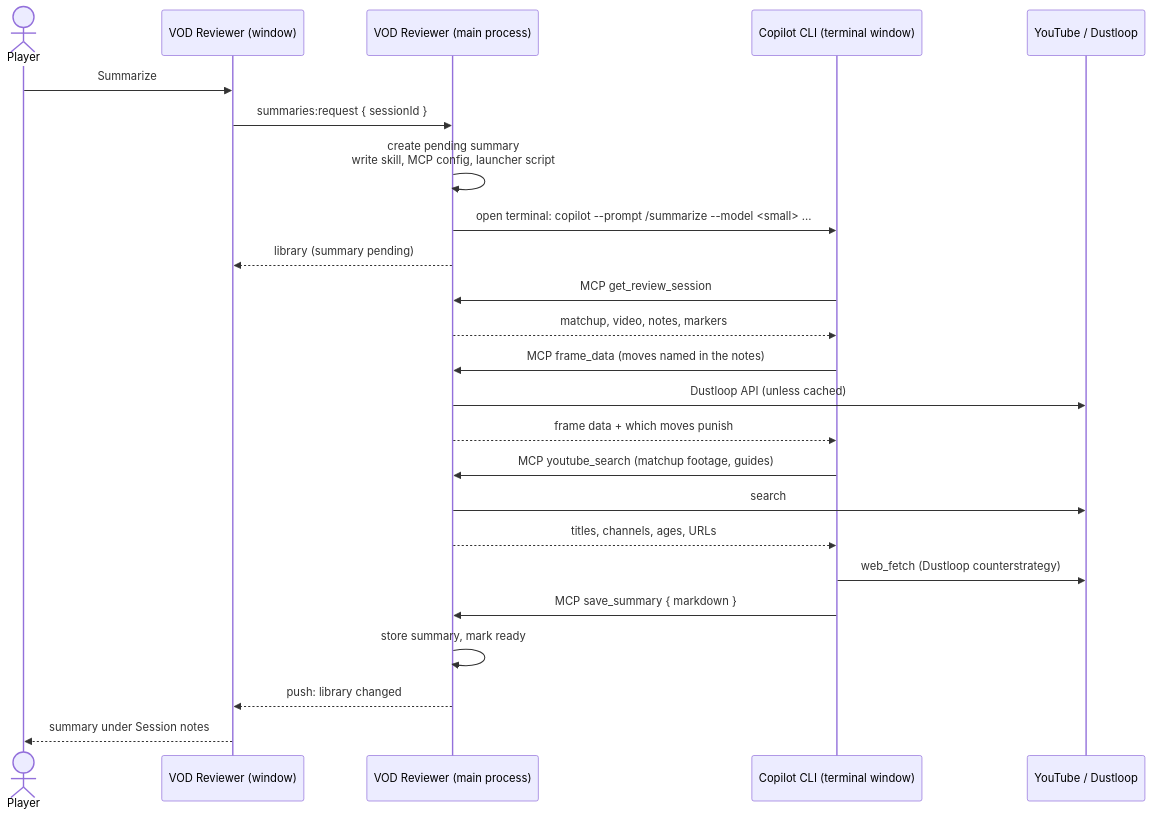
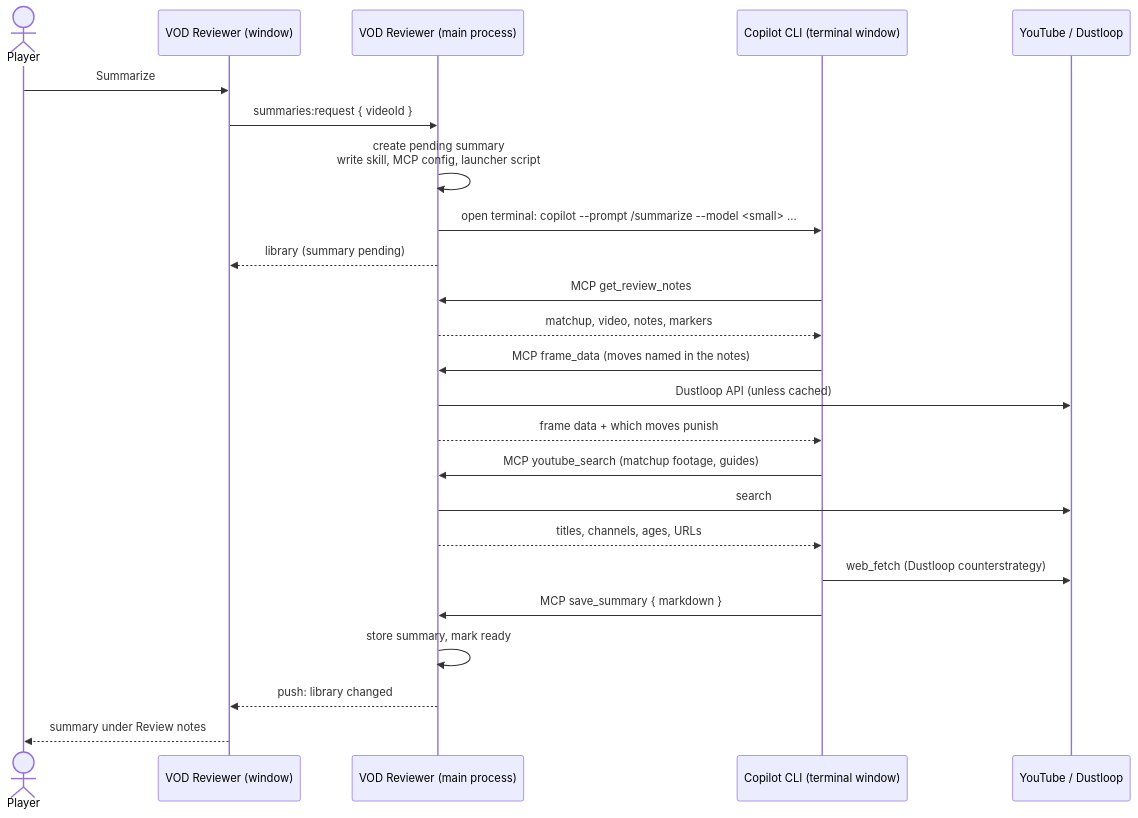
The diagram in docs/agent-harness.md (cynic04/vod-reviewer), drawn with Mermaid before and after one commit. The commit also changed other lines of this file and 11 other files, not shown here.

Commit message:
docs: ADR 0013 (notes per video), data model, README; release 0.5.0

````diff
--- a/docs/agent-harness.md
+++ b/docs/agent-harness.md
@@ -12,27 +12,27 @@
 ```mermaid
 sequenceDiagram
     actor Player
     participant UI as VOD Reviewer (window)
     participant Main as VOD Reviewer (main process)
     participant CLI as Copilot CLI (terminal window)
     participant Web as YouTube / Dustloop
 
     Player->>UI: Summarize
-    UI->>Main: summaries:request { sessionId }
+    UI->>Main: summaries:request { videoId }
     Main->>Main: create pending summary<br/>write skill, MCP config, launcher script
     Main->>CLI: open terminal: copilot --prompt /summarize --model <small> ...
     Main-->>UI: library (summary pending)
-    CLI->>Main: MCP get_review_session
+    CLI->>Main: MCP get_review_notes
     Main-->>CLI: matchup, video, notes, markers
     CLI->>Main: MCP frame_data (moves named in the notes)
     Main->>Web: Dustloop API (unless cached)
     Main-->>CLI: frame data + which moves punish
     CLI->>Main: MCP youtube_search (matchup footage, guides)
     Main->>Web: search
     Main-->>CLI: titles, channels, ages, URLs
     CLI->>Web: web_fetch (Dustloop counterstrategy)
     CLI->>Main: MCP save_summary { markdown }
     Main->>Main: store summary, mark ready
     Main-->>UI: push: library changed
-    UI-->>Player: summary under Session notes
+    UI-->>Player: summary under Review notes
 ```
````
